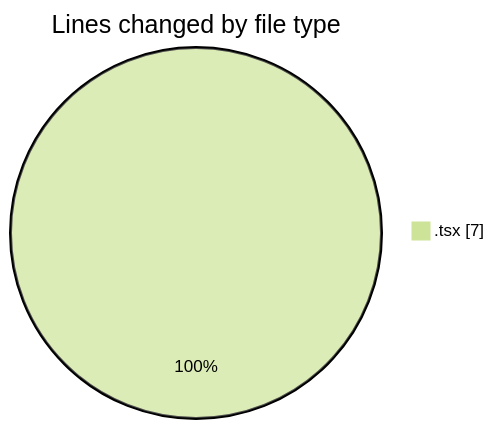
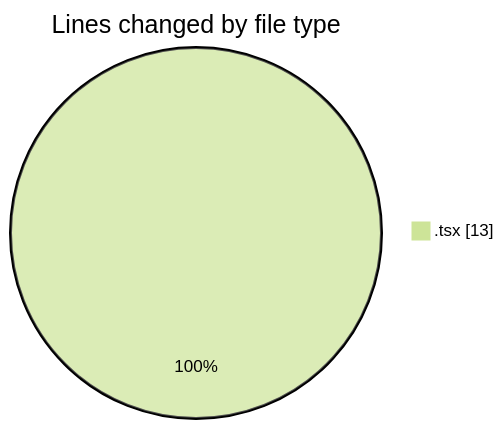
The first of 2 diagrams in 2026-10-30/cda/README.md (momahboobian/code-tracking), drawn with Mermaid (forest theme) before and after one commit. The commit also changed other lines of this file and 1 other file, not shown here.

````diff
--- a/2026-10-30/cda/README.md
+++ b/2026-10-30/cda/README.md
@@ -20,5 +20,5 @@
 ```mermaid
 pie showData
 title Lines changed by file type
-".tsx" : 7
+".tsx" : 13
 ```
````
